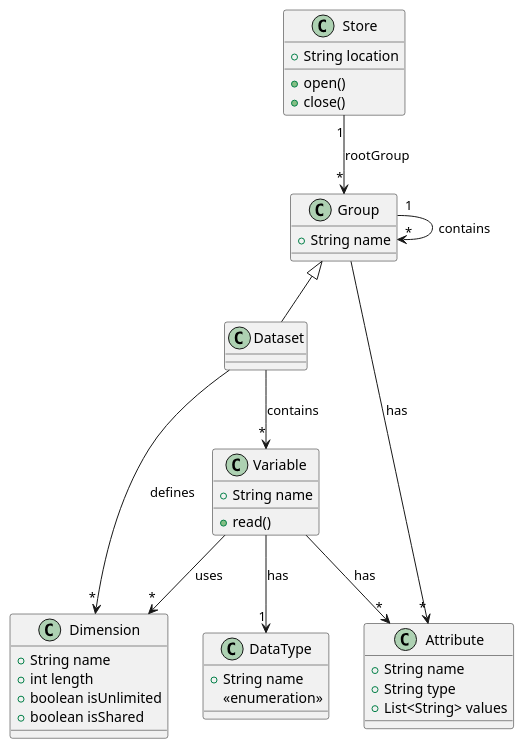
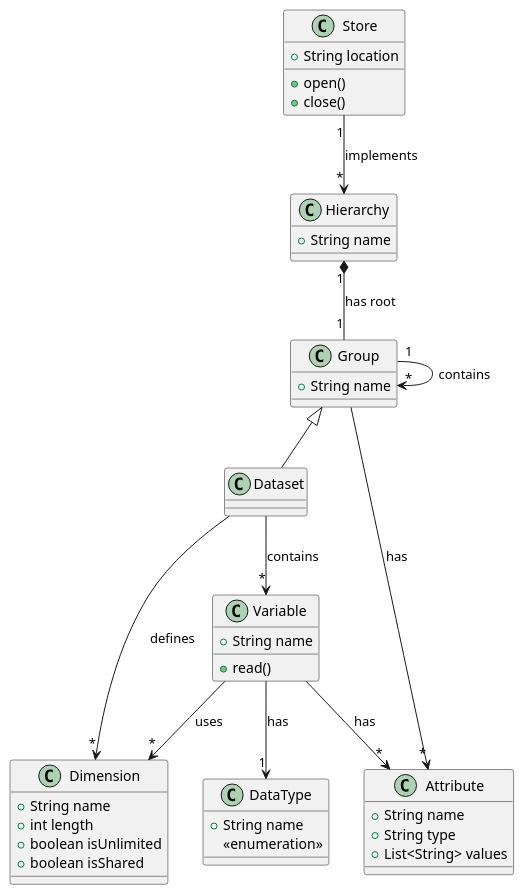
Before and after one commit to zarr-developers/geozarr-spec: the diagram in standard/template/sections/clause_7_unified_data_model.adoc, drawn with PlantUML. The commit also changed other lines of this file and 4 other files, not shown here.

```diff
--- a/standard/template/sections/clause_7_unified_data_model.adoc
+++ b/standard/template/sections/clause_7_unified_data_model.adoc
@@ -128,51 +130,56 @@
 [plantuml, cdm_model, svg, opts="debug"]
 ....
 @startuml CDM_DAL_Object_Model
 
 class Store {
     + String location
     + open()
     + close()
+}
+
+class Hierarchy {
+    + String name
 }
 
 class Group {
     + String name
 }
 
 class Dataset {
 }
 
 class Dimension {
     + String name
     + int length
     + boolean isUnlimited
     + boolean isShared
 }
 
 class Variable {
     + String name
     + read()
 }
 
 class DataType {
     + String name
     <<enumeration>>
 }
 
 class Attribute {
     + String name
     + String type
     + List<String> values
 }
 
-Store "1" --> "*" Group : rootGroup
+Store "1" --> "*" Hierarchy : implements
+Hierarchy "1" *-- "1" Group : has root
 Group "1" --> "*" Group : contains
 Dataset -up-|> Group
 Dataset --> "*" Variable : contains
 Dataset --> "*" Dimension : defines
 Group --> "*" Attribute : has
 Variable --> "*" Dimension : uses
 Variable --> "1" DataType : has
 Variable --> "*" Attribute : has
 @enduml
 ....
```
